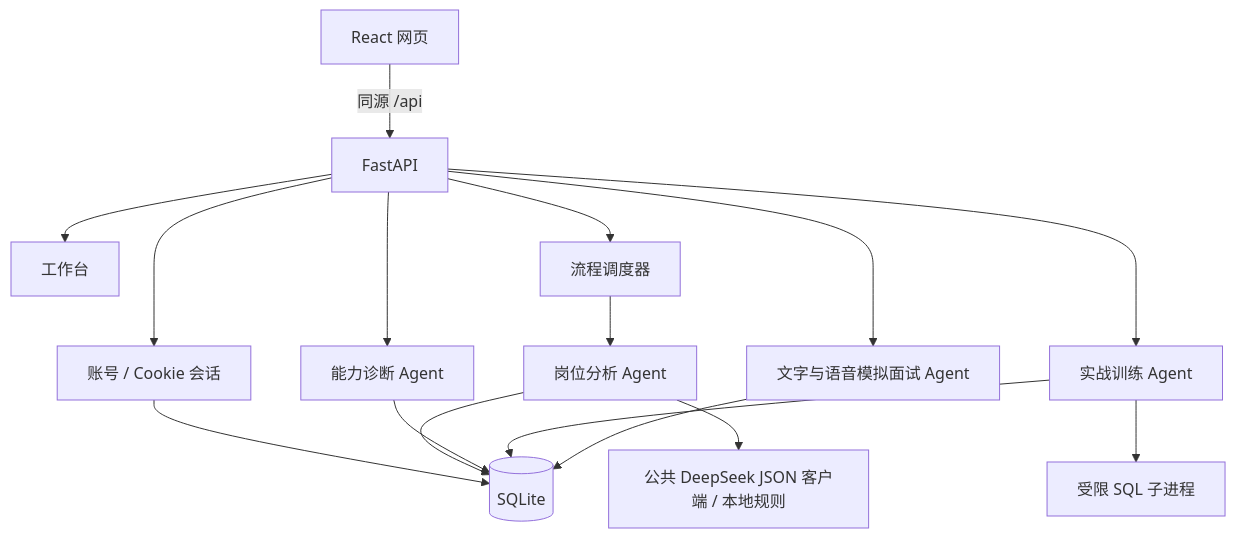
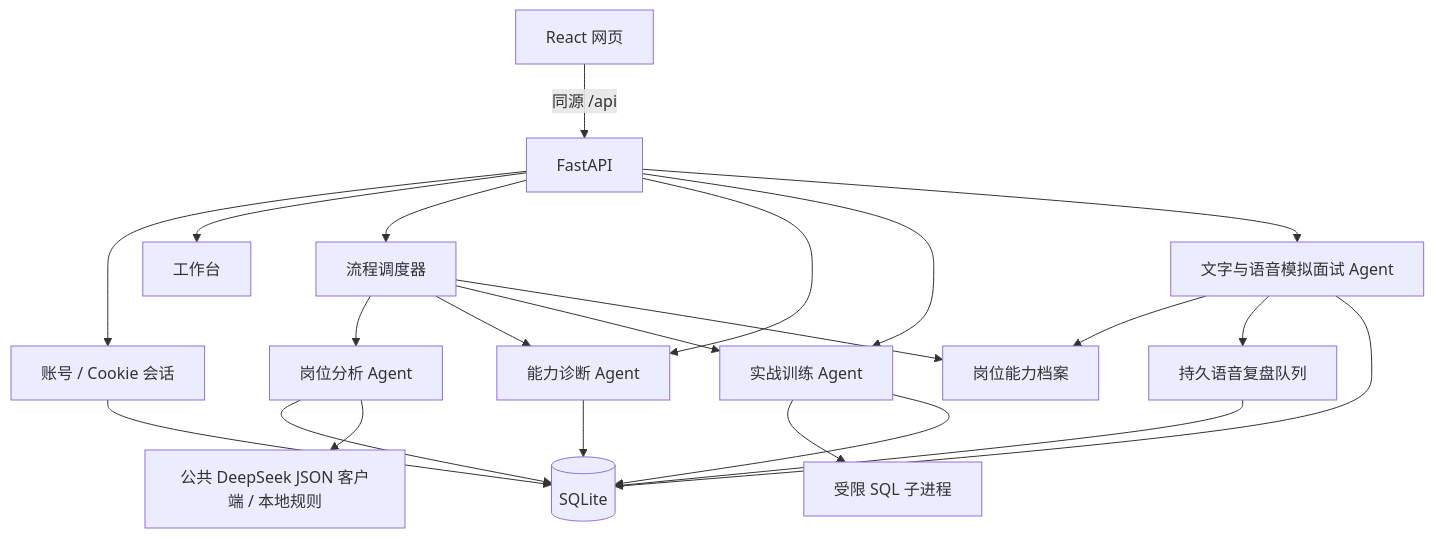
Before and after one commit to nnfgl/offer-route: the diagram in docs/architecture.md, drawn with Mermaid. The commit also changed other lines of this file and 31 other files, not shown here.

````diff
--- a/docs/architecture.md
+++ b/docs/architecture.md
@@ -3,18 +3,24 @@
 ```mermaid
 flowchart TD
     Browser[React 网页] -->|同源 /api| API[FastAPI]
     API --> Auth[账号 / Cookie 会话]
     API --> Workspace[工作台]
     Auth --> DB[(SQLite)]
     API --> Flow[流程调度器]
     Flow --> Job[岗位分析 Agent]
+    Flow --> Diagnosis[能力诊断 Agent]
+    Flow --> Training[实战训练 Agent]
+    Flow --> Profile[岗位能力档案]
     Job --> DB
     Job --> Client[公共 DeepSeek JSON 客户端 / 本地规则]
     API --> Diagnosis[能力诊断 Agent]
     Diagnosis --> DB
     API --> Training[实战训练 Agent]
     Training --> SQL[受限 SQL 子进程]
     Training --> DB
     API --> Interview[文字与语音模拟面试 Agent]
+    Interview --> Profile
+    Interview --> Queue[持久语音复盘队列]
+    Queue --> DB
     Interview --> DB
 ```
````
